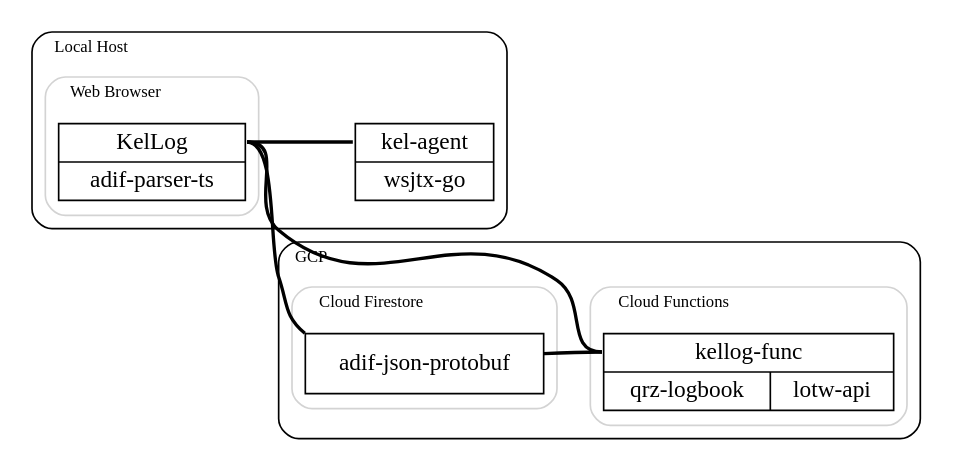
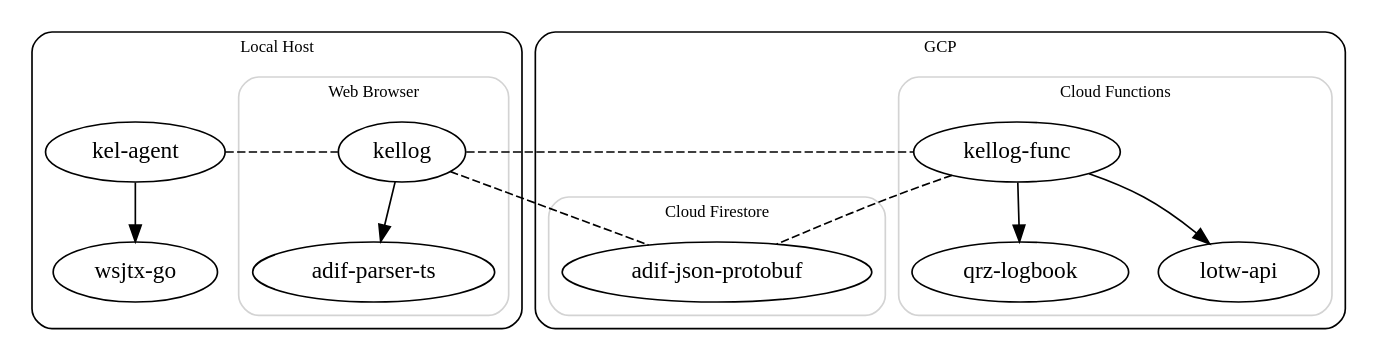
The diagram in architecture.dot (k0swe/docs), drawn with Graphviz before and after one commit. The commit also changed 1 other file, not shown here.

Commit message:
Adjust diagram with `newrank` and colors

```diff
--- a/architecture.dot
+++ b/architecture.dot
@@ -1,65 +1,58 @@
 digraph {
-    rankdir = LR;
+    graph [truecolor = true bgcolor = "#ffffff00"]
+    newrank = true;
+
+    subgraph clusterComputer {
+        graph [truecolor = true bgcolor = "#ffffffff"]
+        label = "Local Host";
+        style = rounded;
+        fontsize = 10;
+
+        subgraph clusterBrowser {
+            label = "Web Browser";
+            fontsize = 10;
+            color = lightgrey;
+
+            kellog [URL="https://github.com/k0swe/kellog"]
+            adifparserts [label = "adif-parser-ts"; URL="https://github.com/k0swe/adif-parser-ts"]
+            kellog -> adifparserts
+        };
+        agent [label = "kel-agent"; URL="https://github.com/k0swe/kel-agent"]
+        wsjtxgo [label = "wsjtx-go"; URL="https://github.com/k0swe/wsjtx-go"]
+        agent -> wsjtxgo
+    }
 
     subgraph clusterGCP {
+        graph [truecolor = true bgcolor = "#ffffffff"]
         label = "GCP";
-        labeljust = l;
         style = rounded;
         fontsize = 10;
 
         subgraph clusterGCF {
             label = "Cloud Functions";
-            labeljust = l;
             fontsize = 10;
             color = lightgrey;
-            func [
-                shape = record;
-                label = "<kellogfunc>kellog-func|{qrz-logbook|lotw-api}"
-                URL = "https://github.com/k0swe/kellog-func"
-            ]
+
+            func [label = "kellog-func"; URL="https://github.com/k0swe/kellog-func"]
+            qrzlogbook [label = "qrz-logbook"; URL="https://github.com/k0swe/qrz-logbook"]
+            lotwapi [label = "lotw-api"; URL="https://github.com/k0swe/lotw-api"]
+            func -> qrzlogbook
+            func -> lotwapi
         };
 
         subgraph clusterFirebase {
             label = "Cloud Firestore";
-            labeljust = l;
             fontsize = 10;
             color = lightgrey;
-            firestore [
-                shape = record;
-                label = "<adifjs>adif-json-protobuf"
-                URL = "https://github.com/k0swe/adif-json-protobuf"
-            ]
+            adifjson [label = "adif-json-protobuf"; URL="https://github.com/k0swe/adif-json-protobuf"]
         };
-    }
+    };
 
-    subgraph clusterComputer {
-        label = "Local Host";
-        labeljust = l;
-        style = rounded;
-        fontsize = 10;
-        subgraph clusterBrowser {
-            label = "Web Browser";
-            labeljust = l;
-            fontsize = 10;
-            color = lightgrey;
-            webapp [
-                shape = record;
-                label = "<kellog>KelLog|<adifparserts>adif-parser-ts"
-                URL = "https://github.com/k0swe/kellog"
-            ];
-        };
-        agent [
-            shape = record;
-            label = "<kelagent>kel-agent|{wsjtx-go}";
-            URL = "https://github.com/k0swe/kel-agent"
-        ]
-    }
+    edge [style = dashed; dir = none;]
+    {rank = same; kellog; agent; func}
 
-    edge [style = bold; dir = none; fontsize = 10;]
-
-
-    webapp: kellog -> agent: kelagent
-    webapp: kellog -> func: kellogfunc
-    webapp: kellog -> firestore: adifjs
-    firestore: adifjs -> func: kellogfunc
+    agent -> kellog;
+    kellog -> adifjson;
+    kellog -> func;
+    func -> adifjson;
 }
```
